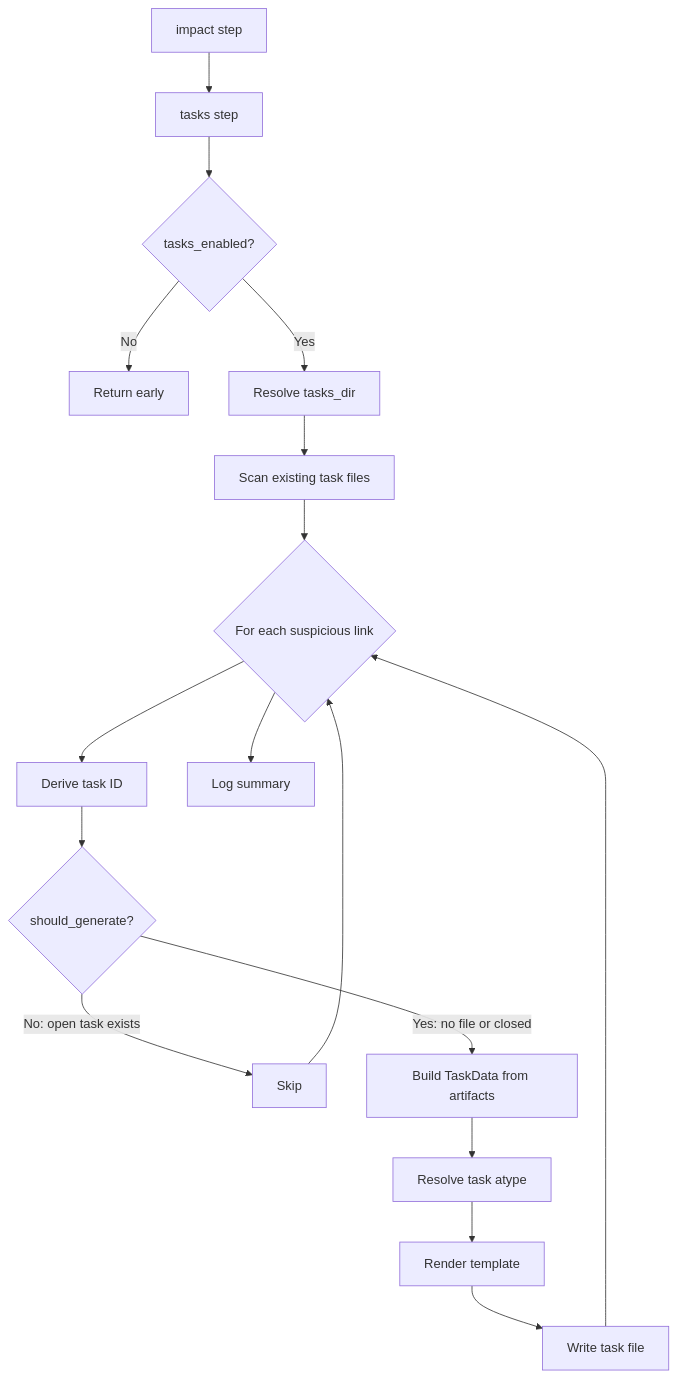
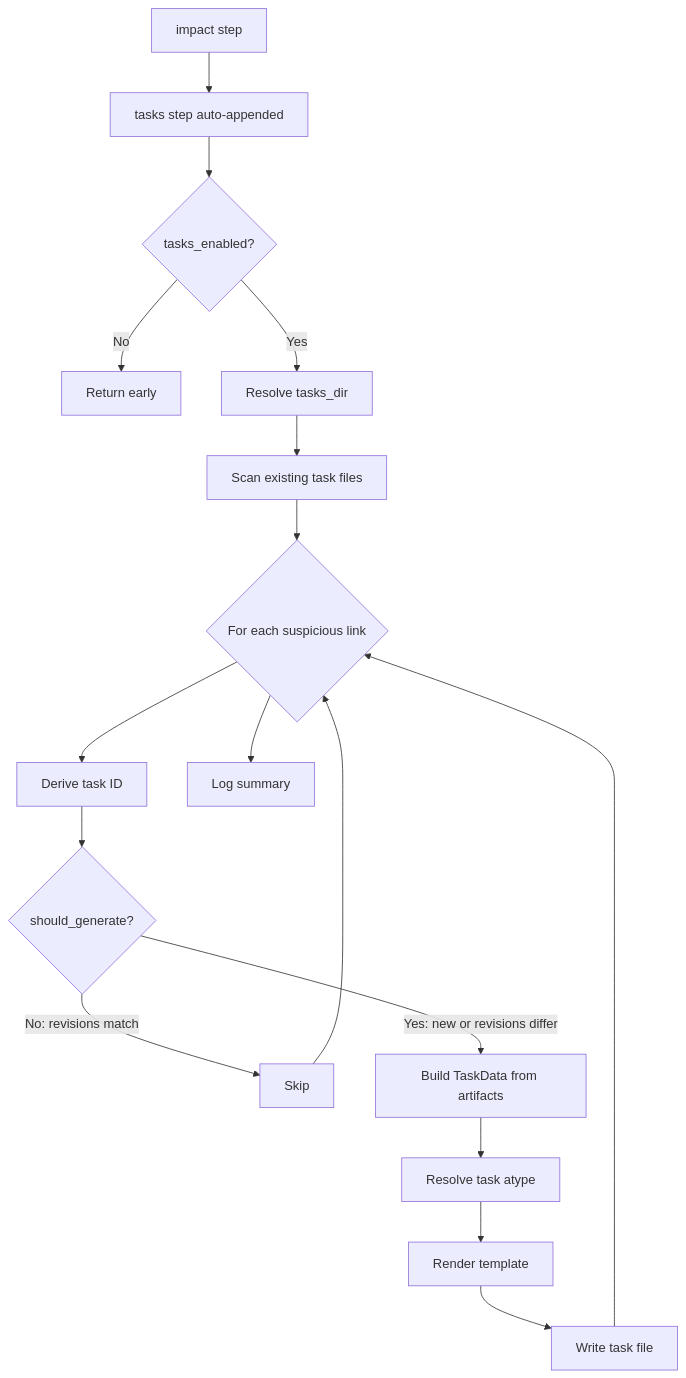
The diagram in docs/specs/basic-trace-tasks.spec.md (flyvercity/syntagmax), drawn with Mermaid before and after one commit. The commit also changed other lines of this file, not shown here.

First line of the commit message:
docs: update trace tasks specification with revision tracking

````diff
--- a/docs/specs/basic-trace-tasks.spec.md
+++ b/docs/specs/basic-trace-tasks.spec.md
@@ -72,19 +77,19 @@
 ```mermaid
 flowchart TD
-    A[impact step] --> B[tasks step]
+    A[impact step] --> B[tasks step auto-appended]
     B --> C{tasks_enabled?}
     C -->|No| Z[Return early]
     C -->|Yes| D[Resolve tasks_dir]
     D --> E[Scan existing task files]
     E --> F{For each suspicious link}
     F --> G[Derive task ID]
     G --> H{should_generate?}
-    H -->|No: open task exists| I[Skip]
-    H -->|Yes: no file or closed| J[Build TaskData from artifacts]
+    H -->|No: revisions match| I[Skip]
+    H -->|Yes: new or revisions differ| J[Build TaskData from artifacts]
     J --> K[Resolve task atype]
     K --> L[Render template]
     L --> M[Write task file]
     I --> F
     M --> F
     F --> N[Log summary]
 ```
````
